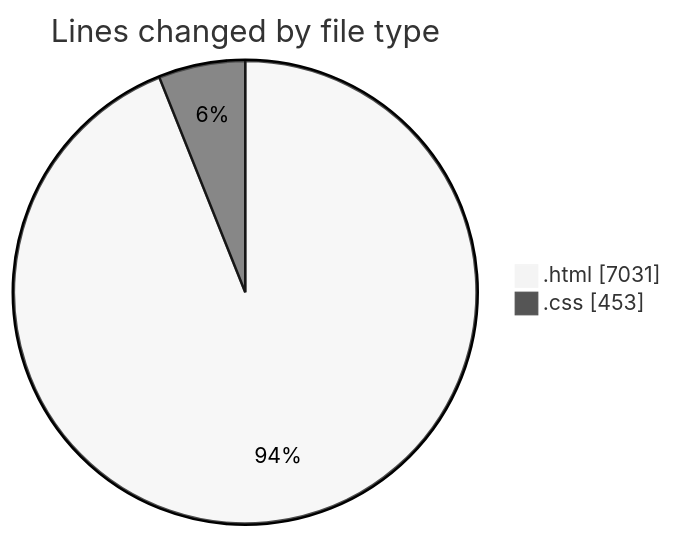
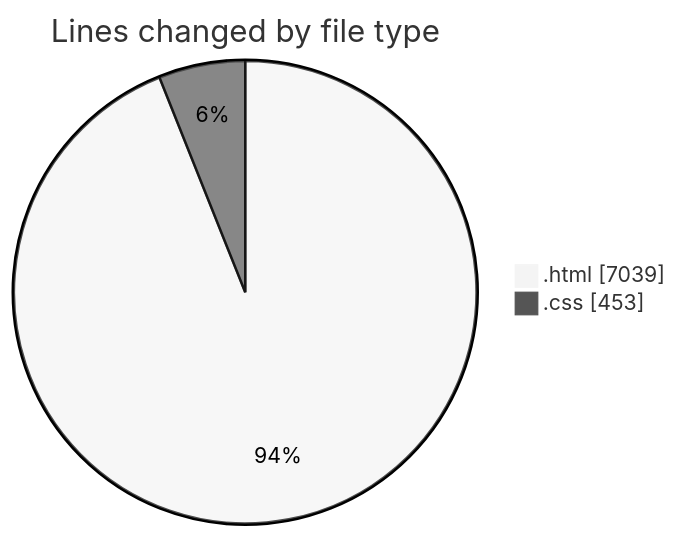
The first of 2 diagrams in 2025-08-09/nxtqube_webapp/README.md (nxtqubesakshisongat/code-tracking), drawn with Mermaid (neutral theme) before and after one commit. The commit also changed other lines of this file and 1 other file, not shown here.

````diff
--- a/2025-08-09/nxtqube_webapp/README.md
+++ b/2025-08-09/nxtqube_webapp/README.md
@@ -23,6 +23,6 @@
 ```mermaid
 pie showData
 title Lines changed by file type
-".html" : 7031
+".html" : 7039
 ".css" : 453
 ```
````
